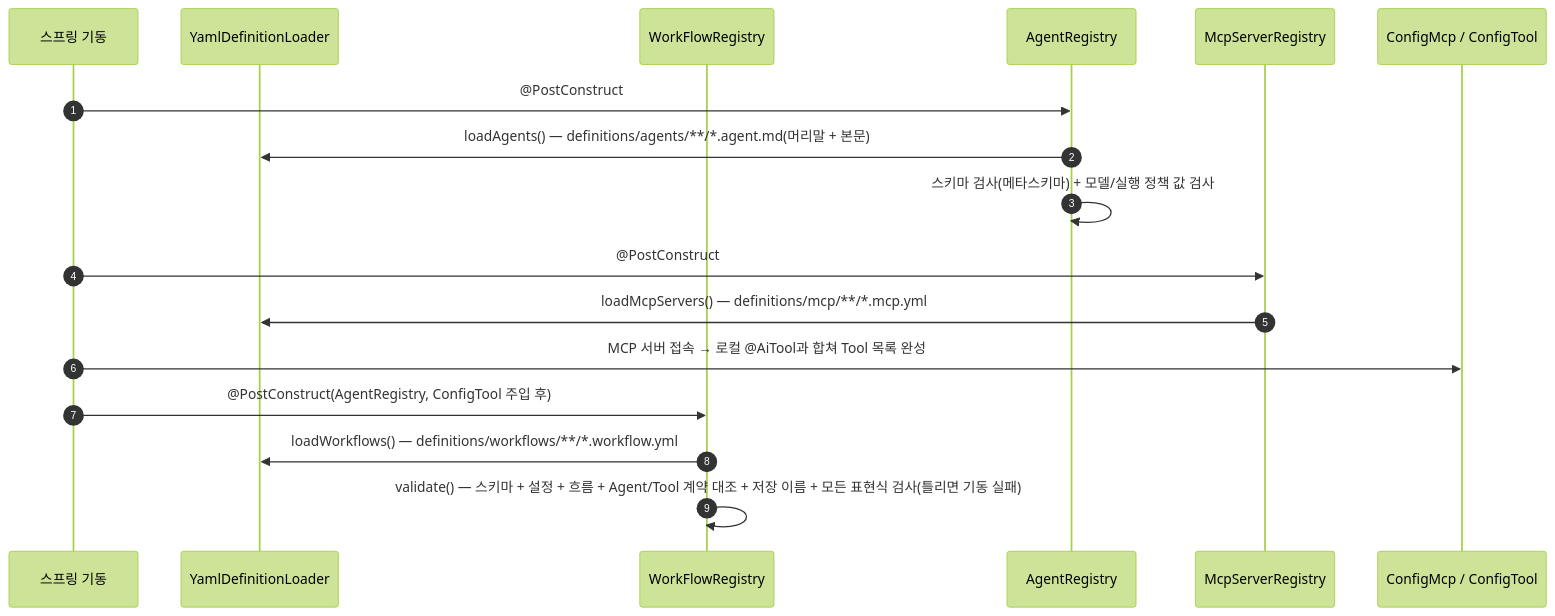
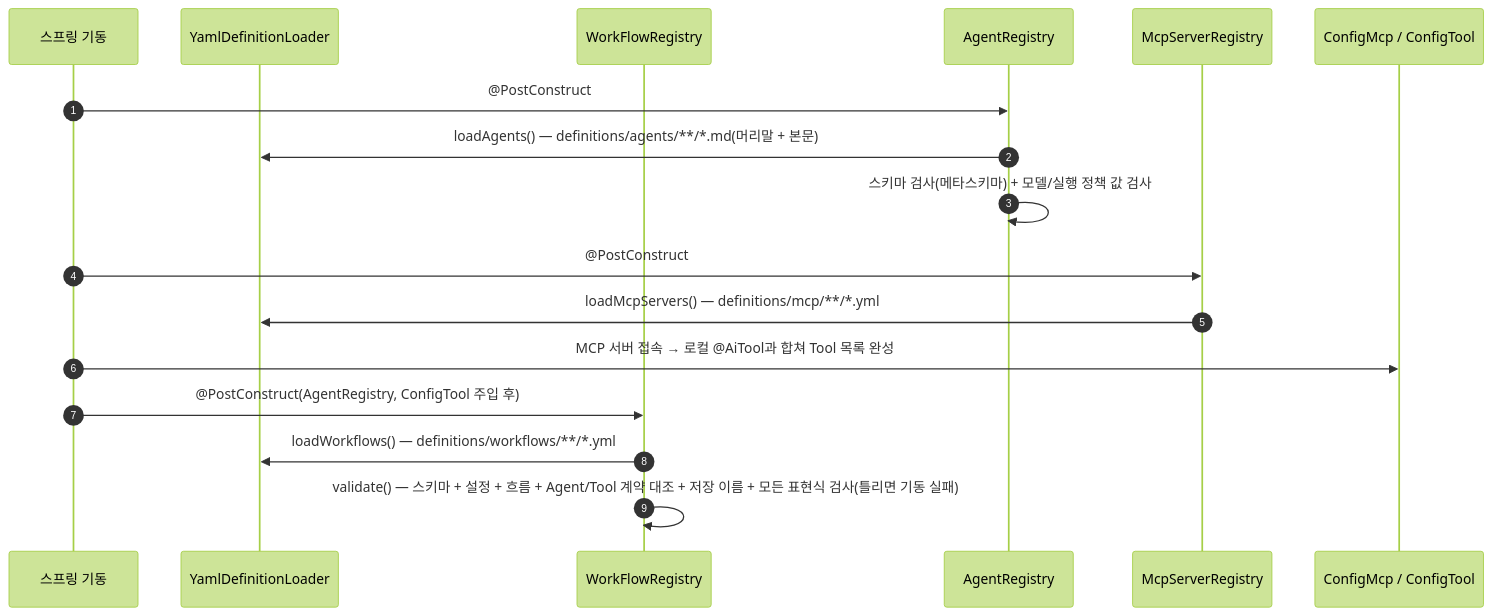
Before and after one commit to YongSoekChoeng/dstone: the second of 10 diagrams in docs/09.dstone-ai-engine.md, drawn with Mermaid (forest theme). The commit also changed other lines of this file and 68 other files, not shown here.

First line of the commit message:
refactor(ai-engine): 정의 파일 이름에서 종류 접미사(.agent/.workflow/.mcp) 제거

````diff
--- a/docs/09.dstone-ai-engine.md
+++ b/docs/09.dstone-ai-engine.md
@@ -391,20 +391,20 @@
 ```mermaid
 sequenceDiagram
     autonumber
     participant APP as 스프링 기동
     participant LD as YamlDefinitionLoader
     participant WR as WorkFlowRegistry
     participant AR as AgentRegistry
     participant MR as McpServerRegistry
     participant MC as ConfigMcp / ConfigTool
 
     APP->>AR: @PostConstruct
-    AR->>LD: loadAgents() — definitions/agents/**/*.agent.md(머리말 + 본문)
+    AR->>LD: loadAgents() — definitions/agents/**/*.md(머리말 + 본문)
     AR->>AR: 스키마 검사(메타스키마) + 모델/실행 정책 값 검사
     APP->>MR: @PostConstruct
-    MR->>LD: loadMcpServers() — definitions/mcp/**/*.mcp.yml
+    MR->>LD: loadMcpServers() — definitions/mcp/**/*.yml
     APP->>MC: MCP 서버 접속 → 로컬 @AiTool과 합쳐 Tool 목록 완성
     APP->>WR: @PostConstruct(AgentRegistry, ConfigTool 주입 후)
-    WR->>LD: loadWorkflows() — definitions/workflows/**/*.workflow.yml
+    WR->>LD: loadWorkflows() — definitions/workflows/**/*.yml
     WR->>WR: validate() — 스키마 + 설정 + 흐름 + Agent/Tool 계약 대조 + 저장 이름 + 모든 표현식 검사(틀리면 기동 실패)
 ```
````
